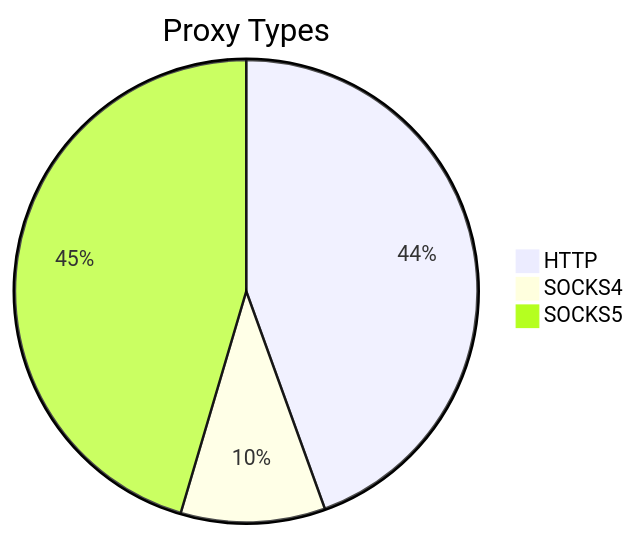
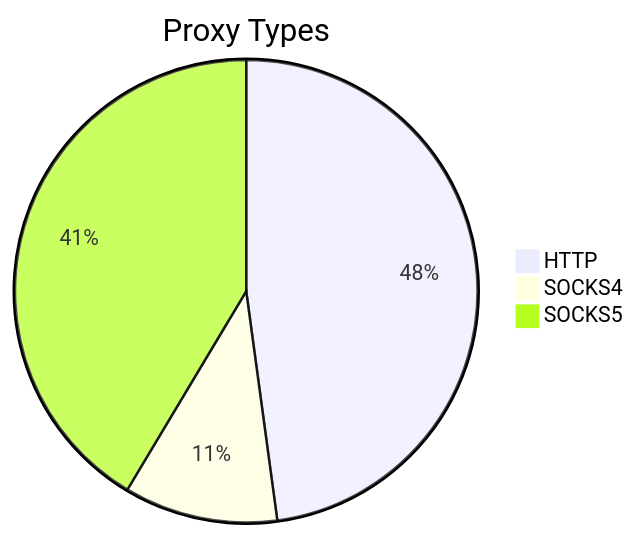
The first of 2 diagrams in README.md (stormsia/proxy-list), drawn with Mermaid before and after one commit. The commit also changed other lines of this file, not shown here.

````diff
--- a/README.md
+++ b/README.md
@@ -21,6 +21,6 @@
 ```mermaid
 pie title Proxy Types
-    "HTTP" : 141
-    "SOCKS4" : 32
-    "SOCKS5" : 144
+    "HTTP" : 156
+    "SOCKS4" : 35
+    "SOCKS5" : 135
 ```
````
